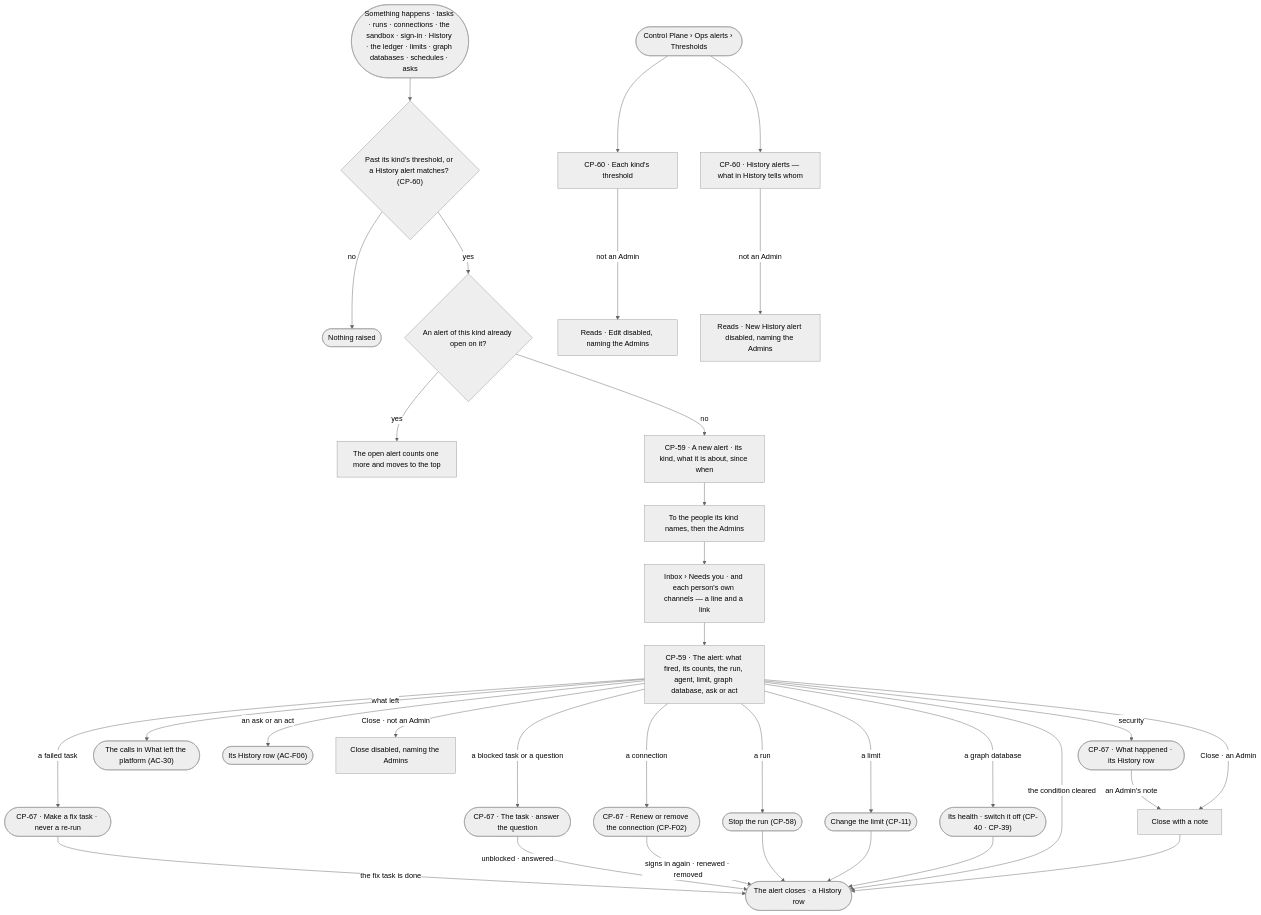
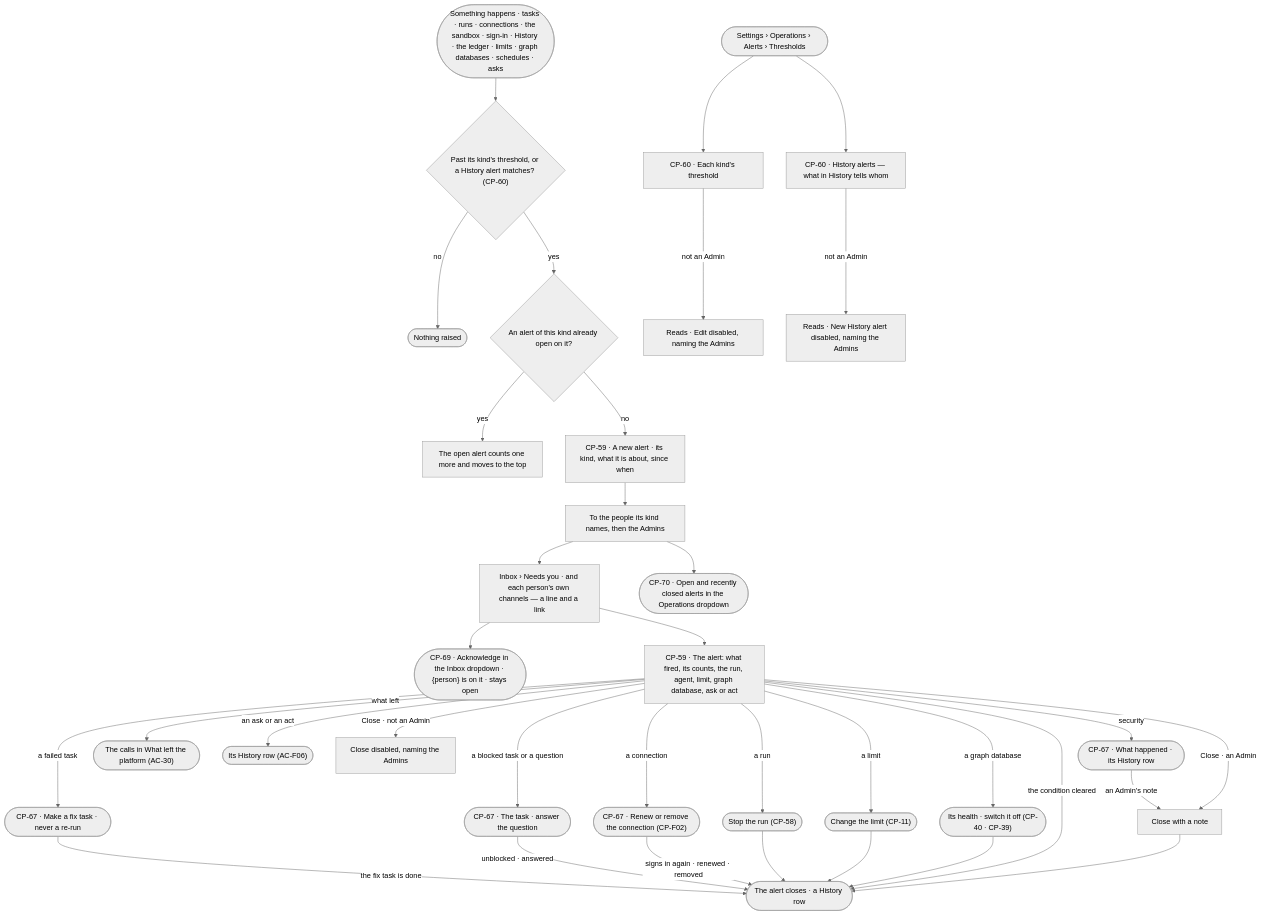
The first of 2 diagrams in specs/os/control/features/CP-F11-ops-alerting/feature.md (invana/invana), drawn with Mermaid (neutral theme) before and after one commit. The commit also changed other lines of this file and 106 other files, not shown here.

````diff
--- a/specs/os/control/features/CP-F11-ops-alerting/feature.md
+++ b/specs/os/control/features/CP-F11-ops-alerting/feature.md
@@ -29,34 +29,36 @@
 ```mermaid
 flowchart TD
   sig([Something happens · tasks · runs · connections · the sandbox · sign-in · History · the ledger · limits · graph databases · schedules · asks]) --> m{"Past its kind's threshold, or a History alert matches? (CP-60)"}
   m -->|no| q(["Nothing raised"])
   m -->|yes| open{"An alert of this kind already open on it?"}
   open -->|yes| inc["The open alert counts one more and moves to the top"]
   open -->|no| a["CP-59 · A new alert · its kind, what it is about, since when"]
   a --> rc["To the people its kind names, then the Admins"]
   rc --> ib["Inbox › Needs you · and each person's own channels — a line and a link"]
+  ib --> ack(["CP-69 · Acknowledge in the Inbox dropdown · {person} is on it · stays open"])
+  rc --> ops(["CP-70 · Open and recently closed alerts in the Operations dropdown"])
   ib --> view["CP-59 · The alert: what fired, its counts, the run, agent, limit, graph database, ask or act"]
   view -->|a run| stop(["Stop the run (CP-58)"])
   view -->|a failed task| fix(["CP-67 · Make a fix task · never a re-run"])
   view -->|a blocked task or a question| tk(["CP-67 · The task · answer the question"])
   view -->|a connection| cn(["CP-67 · Renew or remove the connection (CP-F02)"])
   view -->|security| sec(["CP-67 · What happened · its History row"])
   fix -->|the fix task is done| cl
   tk -->|unblocked · answered| cl
   cn -->|signs in again · renewed · removed| cl
   sec -->|an Admin's note| note
   view -->|a limit| lim(["Change the limit (CP-11)"])
   view -->|a graph database| gd(["Its health · switch it off (CP-40 · CP-39)"])
   view -->|what left| led(["The calls in What left the platform (AC-30)"])
   view -->|an ask or an act| hist(["Its History row (AC-F06)"])
   stop --> cl(["The alert closes · a History row"])
   lim --> cl
   gd --> cl
   view -->|the condition cleared| cl
   view -->|Close · an Admin| note["Close with a note"] --> cl
   view -->|Close · not an Admin| nc["Close disabled, naming the Admins"]
-  set([Control Plane › Ops alerts › Thresholds]) --> t["CP-60 · Each kind's threshold"]
+  set([Settings › Operations › Alerts › Thresholds]) --> t["CP-60 · Each kind's threshold"]
   t -->|not an Admin| ro["Reads · Edit disabled, naming the Admins"]
   set --> ha["CP-60 · History alerts — what in History tells whom"]
   ha -->|not an Admin| hro["Reads · New History alert disabled, naming the Admins"]
 ```
````
